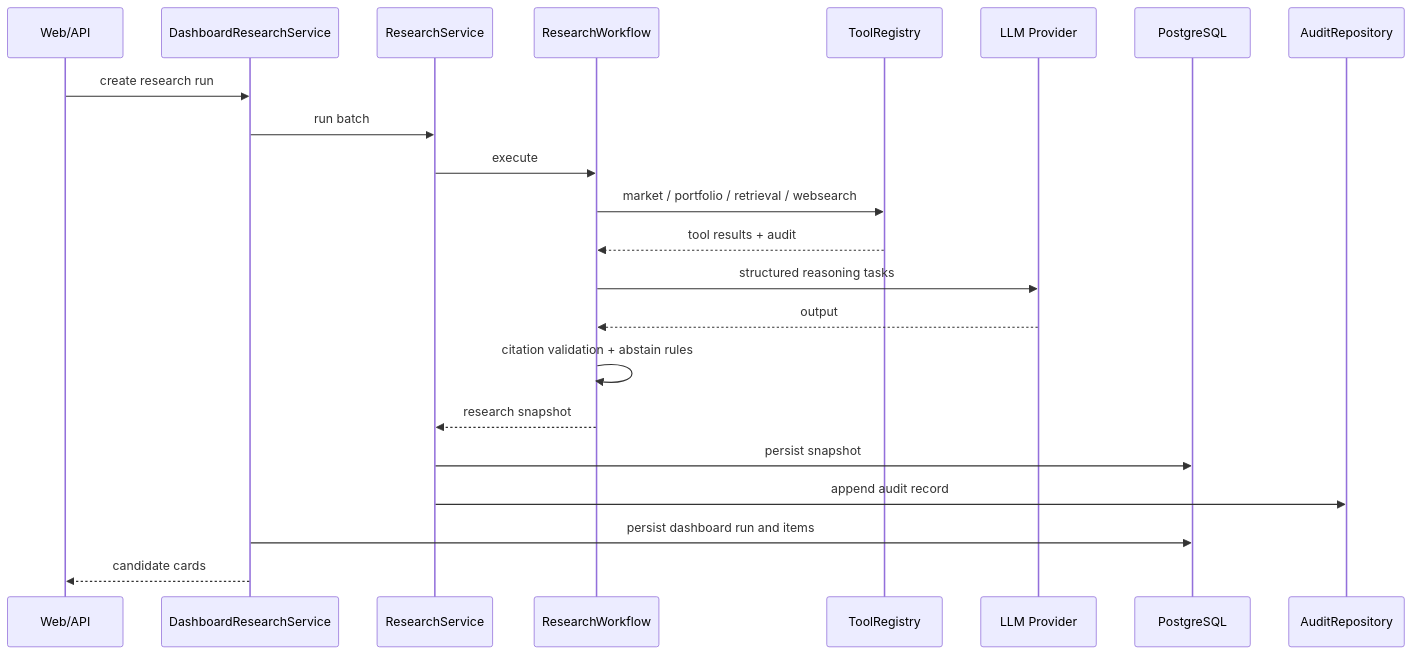
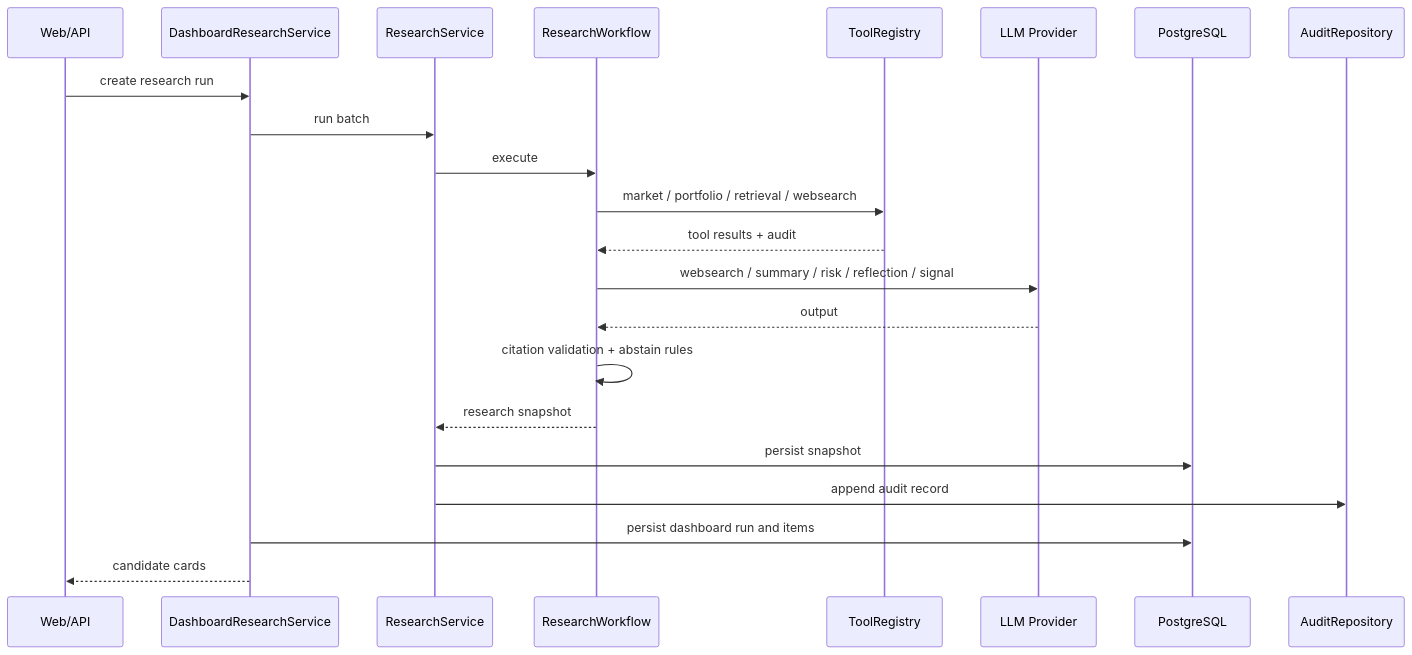
One commit to RickyW0529/Margin changed the fifth of 8 diagrams in docs/design/v0.1/architecture/Margin_Architecture_Design_v0.1_EN.md. Above: the diagram before and after it, drawn with Mermaid. The commit also changed other lines of this file and 36 other files, not shown here.

````diff
--- a/docs/design/v0.1/architecture/Margin_Architecture_Design_v0.1_EN.md
+++ b/docs/design/v0.1/architecture/Margin_Architecture_Design_v0.1_EN.md
@@ -184,25 +191,25 @@
 ```mermaid
 sequenceDiagram
     participant UI as Web/API
     participant Dash as DashboardResearchService
     participant Research as ResearchService
     participant WF as ResearchWorkflow
     participant Tools as ToolRegistry
     participant LLM as LLM Provider
     participant DB as PostgreSQL
     participant Audit as AuditRepository
 
     UI->>Dash: create research run
     Dash->>Research: run batch
     Research->>WF: execute
     WF->>Tools: market / portfolio / retrieval / websearch
     Tools-->>WF: tool results + audit
-    WF->>LLM: structured reasoning tasks
+    WF->>LLM: websearch / summary / risk / reflection / signal
     LLM-->>WF: output
     WF->>WF: citation validation + abstain rules
     WF-->>Research: research snapshot
     Research->>DB: persist snapshot
     Research->>Audit: append audit record
     Dash->>DB: persist dashboard run and items
     Dash-->>UI: candidate cards
 ```
````
